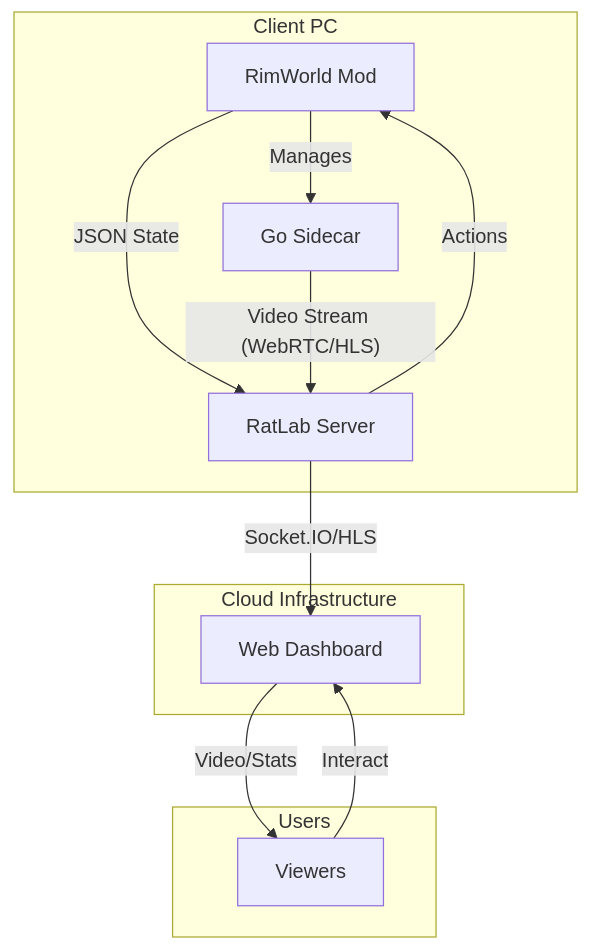
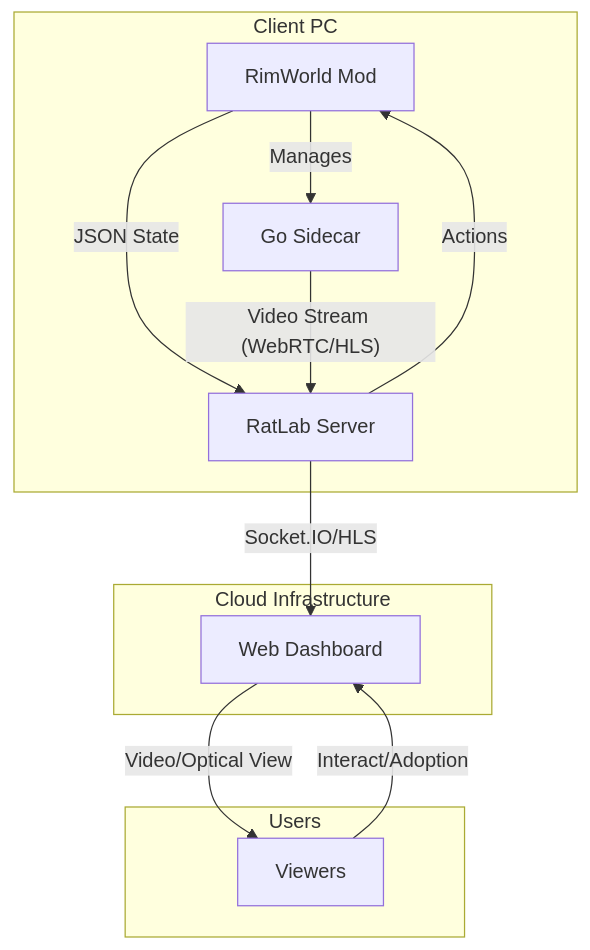
The diagram in Playerstoryteller MAIN/Ratlab Mod/ARCHITECTURE.md (braasdas/ratlab-mod-github), drawn with Mermaid before and after one commit. The commit also changed other lines of this file and 14 other files, not shown here.

Commit message:
Update documentation: Reflect new Optical View, architecture, API endpoints, and performance tiers

````diff
--- a/Playerstoryteller MAIN/Ratlab Mod/ARCHITECTURE.md
+++ b/Playerstoryteller MAIN/Ratlab Mod/ARCHITECTURE.md
@@ -7,18 +7,18 @@
 ```mermaid
 graph TD
     subgraph Client PC
         A[RimWorld Mod] -- JSON State --> D[Cloud Server]
         A -- Manages --> B[Go Sidecar]
         B -- Video Stream (WebRTC/HLS) --> D
     end
 
     subgraph Cloud Infrastructure
         D[RatLab Server] -- Socket.IO/HLS --> E[Web Dashboard]
         D -- Actions --> A
     end
 
     subgraph Users
-        F[Viewers] -- Interact --> E
-        E -- Video/Stats --> F
+        F[Viewers] -- Interact/Adoption --> E
+        E -- Video/Optical View --> F
     end
 ```
````
